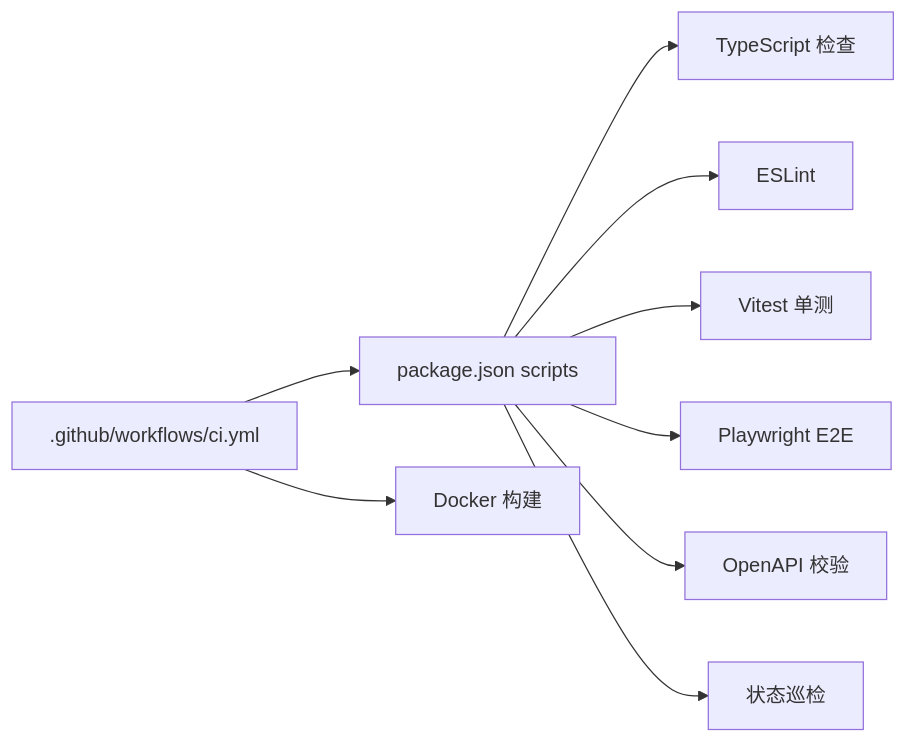
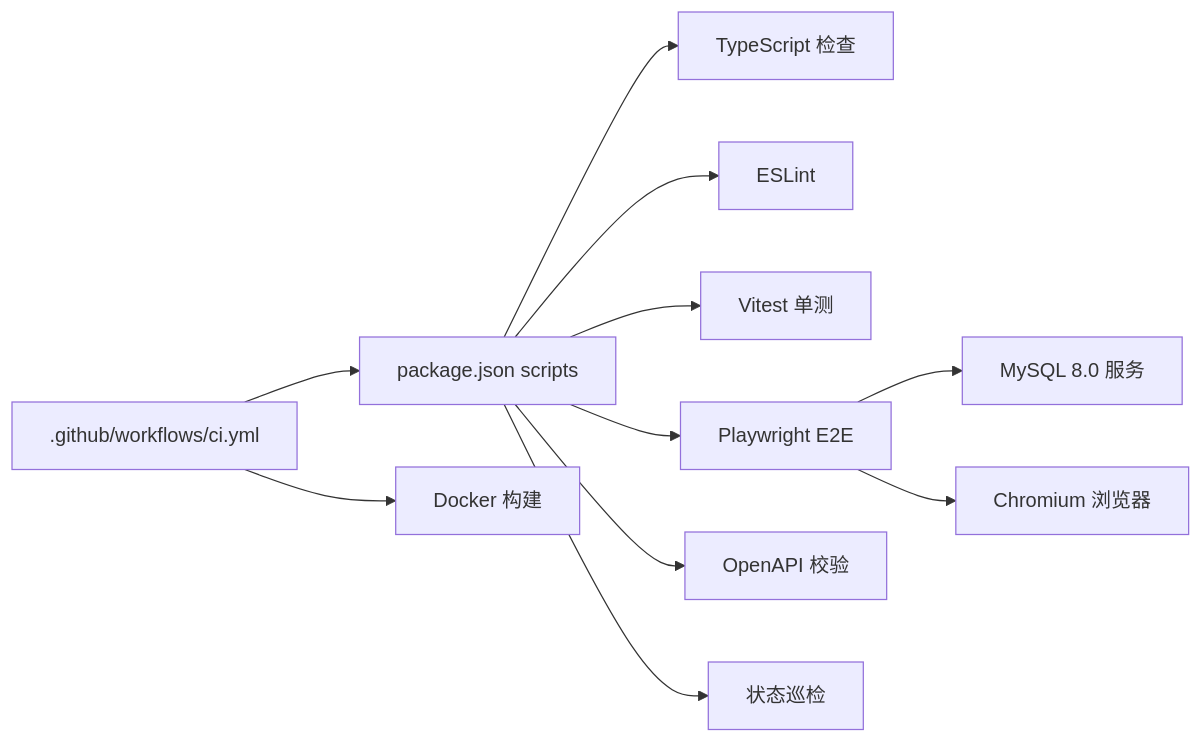
The ninth of 9 diagrams in .qoder/repowiki/zh/content/部署指南/CI_CD流水线.md (dgjin/smart-data-analytics), drawn with Mermaid before and after one commit. The commit also changed other lines of this file and 100 other files, not shown here.

````diff
--- a/.qoder/repowiki/zh/content/部署指南/CI_CD流水线.md
+++ b/.qoder/repowiki/zh/content/部署指南/CI_CD流水线.md
@@ -263,11 +329,13 @@
 ```mermaid
 graph LR
 WF[".github/workflows/ci.yml"] --> PKG["package.json scripts"]
 PKG --> TSC["TypeScript 检查"]
 PKG --> ESL["ESLint"]
 PKG --> VIT["Vitest 单测"]
 PKG --> PW["Playwright E2E"]
 PKG --> DOC["OpenAPI 校验"]
 PKG --> STA["状态巡检"]
 WF --> DOCK["Docker 构建"]
+PW --> MYSQL["MySQL 8.0 服务"]
+PW --> CHROME["Chromium 浏览器"]
 ```
````
